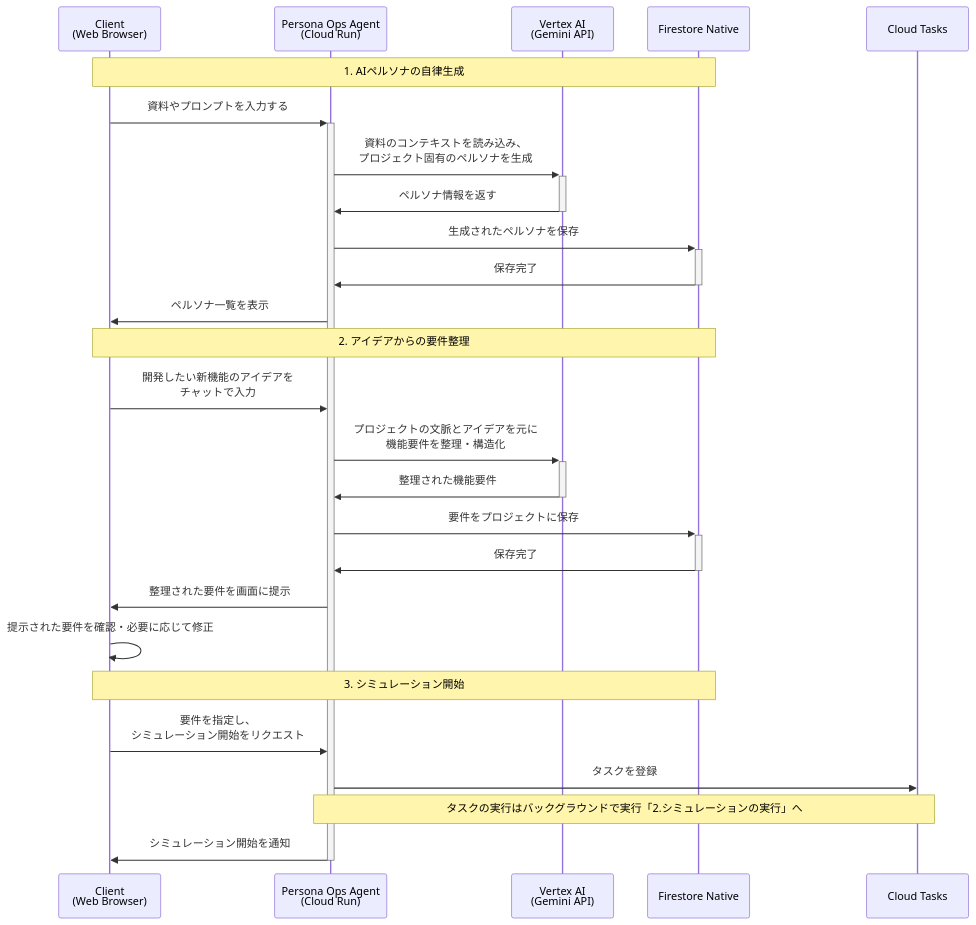
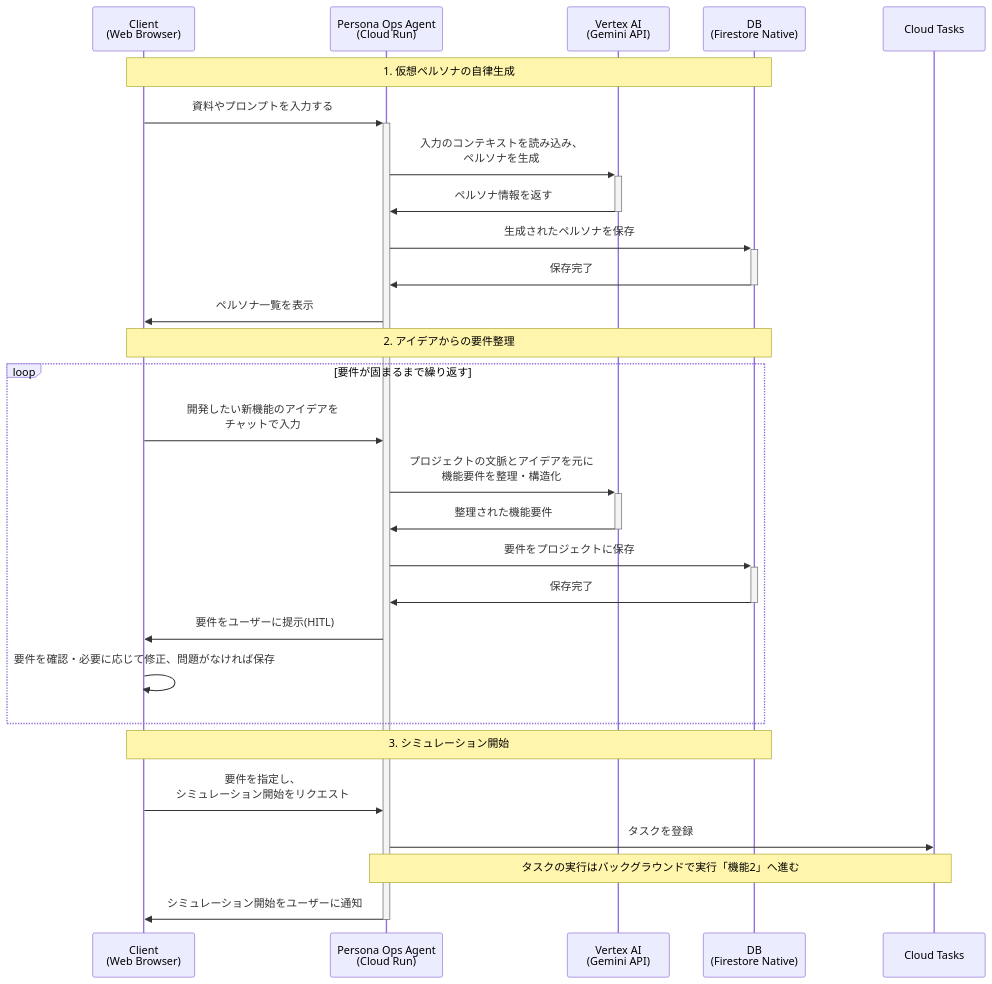
Before and after one commit to teritamas/persona-ops: the first of 2 diagrams in README.md, drawn with Mermaid. The commit also changed other lines of this file, not shown here.

Commit message:
refactor: replace HTMX triggers with native fetch requests and add simulation-started system action support

````diff
--- a/README.md
+++ b/README.md
@@ -28,34 +29,36 @@
 ```mermaid
 sequenceDiagram
     participant Client as Client<br/>(Web Browser)
     participant Agent as Persona Ops Agent<br/>(Cloud Run)
     participant Gemini as Vertex AI<br/>(Gemini API)
-    participant DB as Firestore Native
+    participant DB as DB<br/>(Firestore Native)
     participant Tasks as Cloud Tasks
 
     %% ペルソナ生成フェーズ
-    Note over Client, DB: 1. AIペルソナの自律生成
+    Note over Client, DB: 1. 仮想ペルソナの自律生成
     Client->>+Agent: 資料やプロンプトを入力する
-    Agent->>+Gemini: 資料のコンテキストを読み込み、<br/>プロジェクト固有のペルソナを生成
+    Agent->>+Gemini: 入力のコンテキストを読み込み、<br/>ペルソナを生成
     Gemini->>-Agent: ペルソナ情報を返す
     Agent->>+DB: 生成されたペルソナを保存
     DB->>-Agent: 保存完了
     Agent->>Client: ペルソナ一覧を表示
 
     %% 要件定義フェーズ
     Note over Client, DB: 2. アイデアからの要件整理
-    Client->>Agent: 開発したい新機能のアイデアを<br/>チャットで入力
-    Agent->>+Gemini: プロジェクトの文脈とアイデアを元に<br/>機能要件を整理・構造化
-    Gemini->>-Agent: 整理された機能要件
-    Agent->>+DB: 要件をプロジェクトに保存
-    DB->>-Agent: 保存完了
-    Agent->>Client: 整理された要件を画面に提示
-    Client->>Client: 提示された要件を確認・必要に応じて修正
+　loop 要件が固まるまで繰り返す
+			Client->>Agent: 開発したい新機能のアイデアを<br/>チャットで入力
+			Agent->>+Gemini: プロジェクトの文脈とアイデアを元に<br/>機能要件を整理・構造化
+			Gemini->>-Agent: 整理された機能要件
+			Agent->>+DB: 要件をプロジェクトに保存
+			DB->>-Agent: 保存完了
+			Agent->>Client: 要件をユーザーに提示(HITL)
+			Client->>Client: 要件を確認・必要に応じて修正、問題がなければ保存
+   end
 
     %% シミュレーション実行への移行
     Note over Client, DB: 3. シミュレーション開始
     Client->>Agent: 要件を指定し、<br/>シミュレーション開始をリクエスト
     Agent->>Tasks: タスクを登録
-    Note over Agent, Tasks: タスクの実行はバックグラウンドで実行「2.シミュレーションの実行」へ
-    Agent->>-Client: シミュレーション開始を通知
+    Note over Agent, Tasks: タスクの実行はバックグラウンドで実行「機能2」へ進む
+    Agent->>-Client: シミュレーション開始をユーザーに通知
 ```
````
